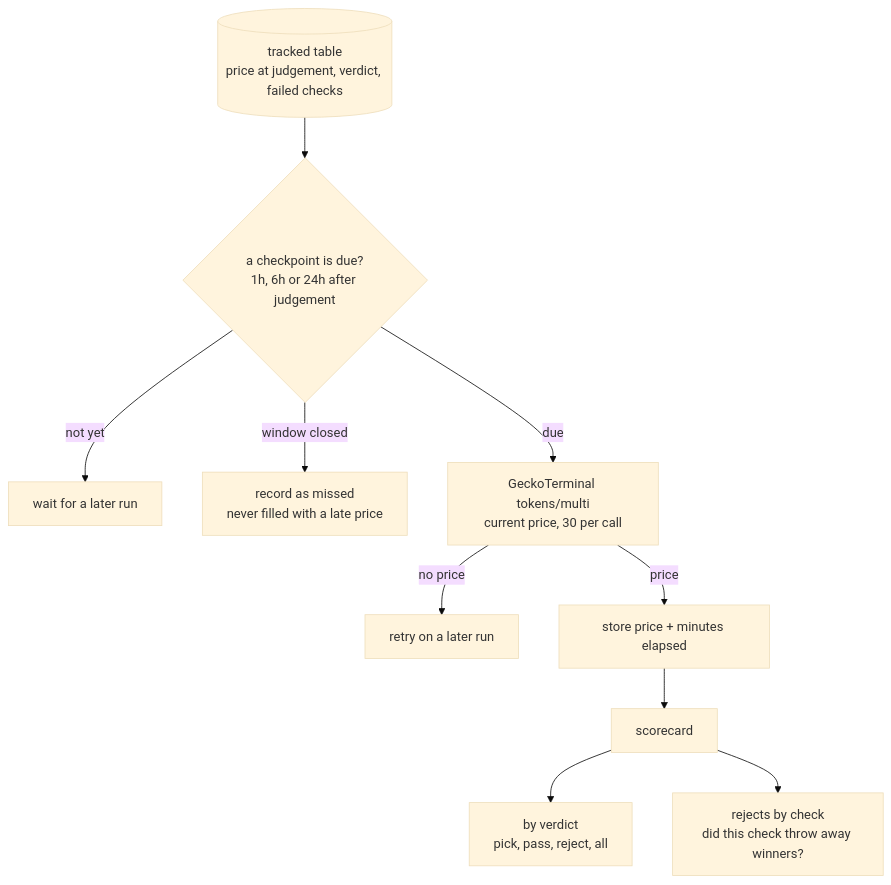
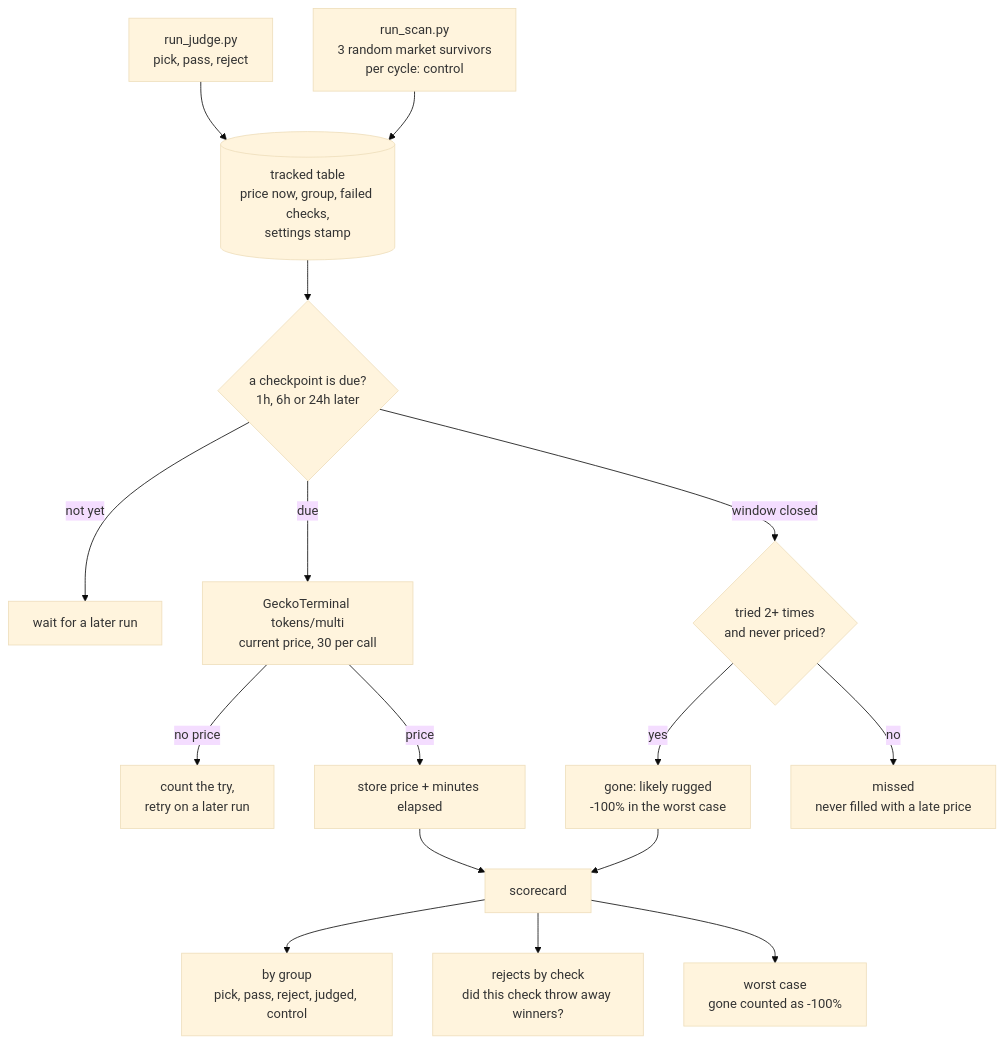
Before and after one commit to NickHammer/jev-desk: the ninth of 11 diagrams in ARCHITECTURE.md, drawn with Mermaid (base theme). The commit also changed other lines of this file and 14 other files, not shown here.

First line of the commit message:
Control group, gone checkpoints, settings stamp; dashboard as a service

````diff
--- a/ARCHITECTURE.md
+++ b/ARCHITECTURE.md
@@ -253,12 +254,18 @@
 ```mermaid
 flowchart TD
-    T[("tracked table<br/>price at judgement, verdict, failed checks")] --> D{"a checkpoint is due?<br/>1h, 6h or 24h after judgement"}
+    J["run_judge.py<br/>pick, pass, reject"] --> T
+    C["run_scan.py<br/>3 random market survivors<br/>per cycle: control"] --> T
+    T[("tracked table<br/>price now, group, failed checks,<br/>settings stamp")] --> D{"a checkpoint is due?<br/>1h, 6h or 24h later"}
     D -- "not yet" --> W["wait for a later run"]
-    D -- "window closed" --> GU["record as missed<br/>never filled with a late price"]
     D -- due --> PR["GeckoTerminal tokens/multi<br/>current price, 30 per call"]
-    PR -- "no price" --> RT["retry on a later run"]
+    PR -- "no price" --> RT["count the try,<br/>retry on a later run"]
     PR -- price --> F["store price + minutes elapsed"]
+    D -- "window closed" --> GU{"tried 2+ times<br/>and never priced?"}
+    GU -- yes --> GO["gone: likely rugged<br/>-100% in the worst case"]
+    GU -- no --> MI["missed<br/>never filled with a late price"]
     F --> R["scorecard"]
-    R --> R1["by verdict<br/>pick, pass, reject, all"]
+    GO --> R
+    R --> R1["by group<br/>pick, pass, reject, judged, control"]
     R --> R2["rejects by check<br/>did this check throw away winners?"]
+    R --> R3["worst case<br/>gone counted as -100%"]
 ```
````
